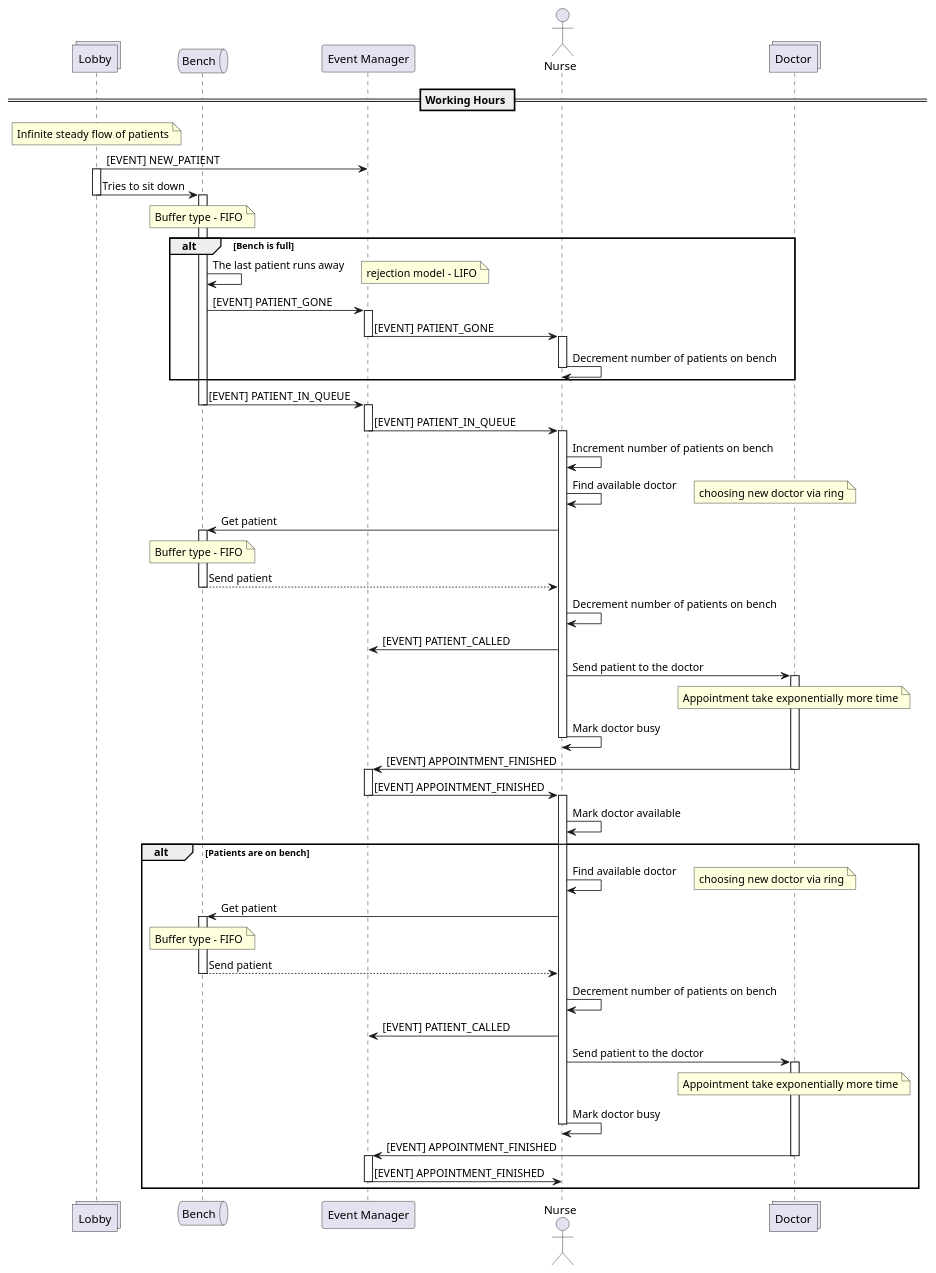
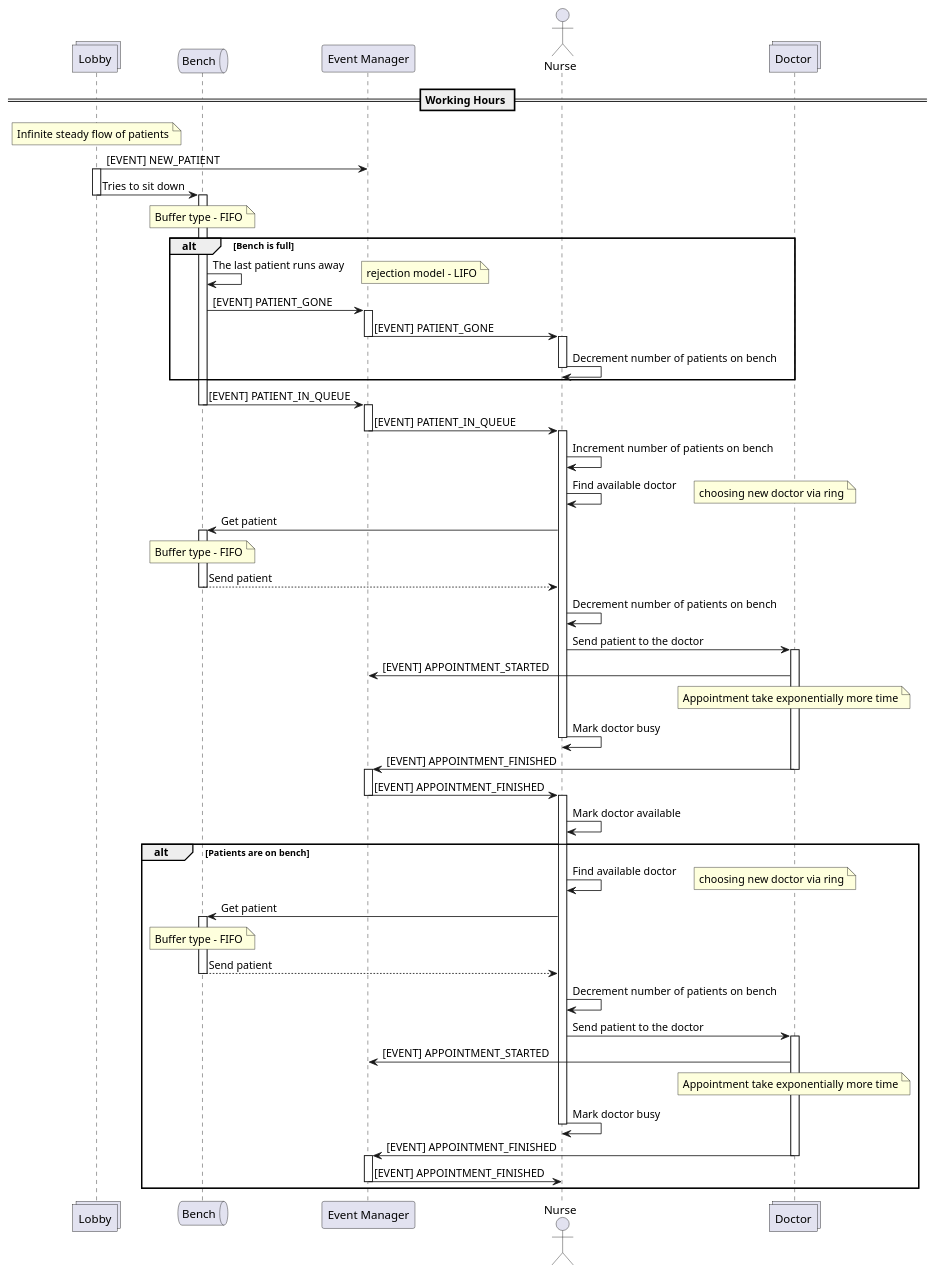
Before and after one commit to Coding-Seal/arch-model: the diagram in arch/sequence.puml, drawn with PlantUML. The commit also changed 9 other files, not shown here.

```diff
--- a/arch/sequence.puml
+++ b/arch/sequence.puml
@@ -1,93 +1,93 @@
 @startuml Sequence
 
 collections "Lobby" as lobby
 queue "Bench" as bench
 participant  "Event Manager" as eventManager
 actor "Nurse" as nurse
 collections "Doctor" as doctor
 
 
 == Working Hours ==
 
 note over lobby: Infinite steady flow of patients
 lobby -> eventManager : [EVENT] NEW_PATIENT
 activate lobby
 lobby -> bench : Tries to sit down
 deactivate lobby
 activate bench
 note over bench : Buffer type - FIFO
 
 alt Bench is full
     bench -> bench : The last patient runs away
     note right : rejection model - LIFO
     bench -> eventManager : [EVENT] PATIENT_GONE
     activate eventManager
     eventManager -> nurse : [EVENT] PATIENT_GONE
     deactivate eventManager
     activate nurse
     nurse -> nurse : Decrement number of patients on bench
     deactivate nurse
 end
 
 bench -> eventManager : [EVENT] PATIENT_IN_QUEUE
 deactivate bench
 
 activate eventManager
 eventManager -> nurse : [EVENT] PATIENT_IN_QUEUE
 deactivate eventManager
 
 activate nurse
 nurse -> nurse : Increment number of patients on bench
 nurse -> nurse : Find available doctor
 note right: choosing new doctor via ring
 
 nurse -> bench : Get patient
 activate bench
 note over bench : Buffer type - FIFO
 bench --> nurse : Send patient
 deactivate bench
 nurse -> nurse : Decrement number of patients on bench
-nurse -> eventManager : [EVENT] PATIENT_CALLED
 
 nurse -> doctor : Send patient to the doctor
 activate doctor
+doctor -> eventManager : [EVENT] APPOINTMENT_STARTED
 note over doctor: Appointment take exponentially more time
 nurse -> nurse : Mark doctor busy
 deactivate nurse
 
 doctor -> eventManager : [EVENT] APPOINTMENT_FINISHED
 deactivate doctor
 
 activate eventManager
 eventManager-> nurse : [EVENT] APPOINTMENT_FINISHED
 deactivate eventManager
 
 activate nurse
 nurse -> nurse : Mark doctor available
 
 alt Patients are on bench
     nurse -> nurse : Find available doctor
     note right: choosing new doctor via ring
 
     nurse -> bench : Get patient
     activate bench
     note over bench : Buffer type - FIFO
     bench --> nurse : Send patient
     deactivate bench
     nurse -> nurse : Decrement number of patients on bench
-    nurse -> eventManager : [EVENT] PATIENT_CALLED
 
     nurse -> doctor : Send patient to the doctor
     activate doctor
+    doctor -> eventManager : [EVENT] APPOINTMENT_STARTED
     note over doctor: Appointment take exponentially more time
     nurse -> nurse : Mark doctor busy
     deactivate nurse
 
     doctor -> eventManager : [EVENT] APPOINTMENT_FINISHED
     deactivate doctor
     activate eventManager
     eventManager-> nurse : [EVENT] APPOINTMENT_FINISHED
     deactivate eventManager
 end
 deactivate nurse
 @enduml
```
